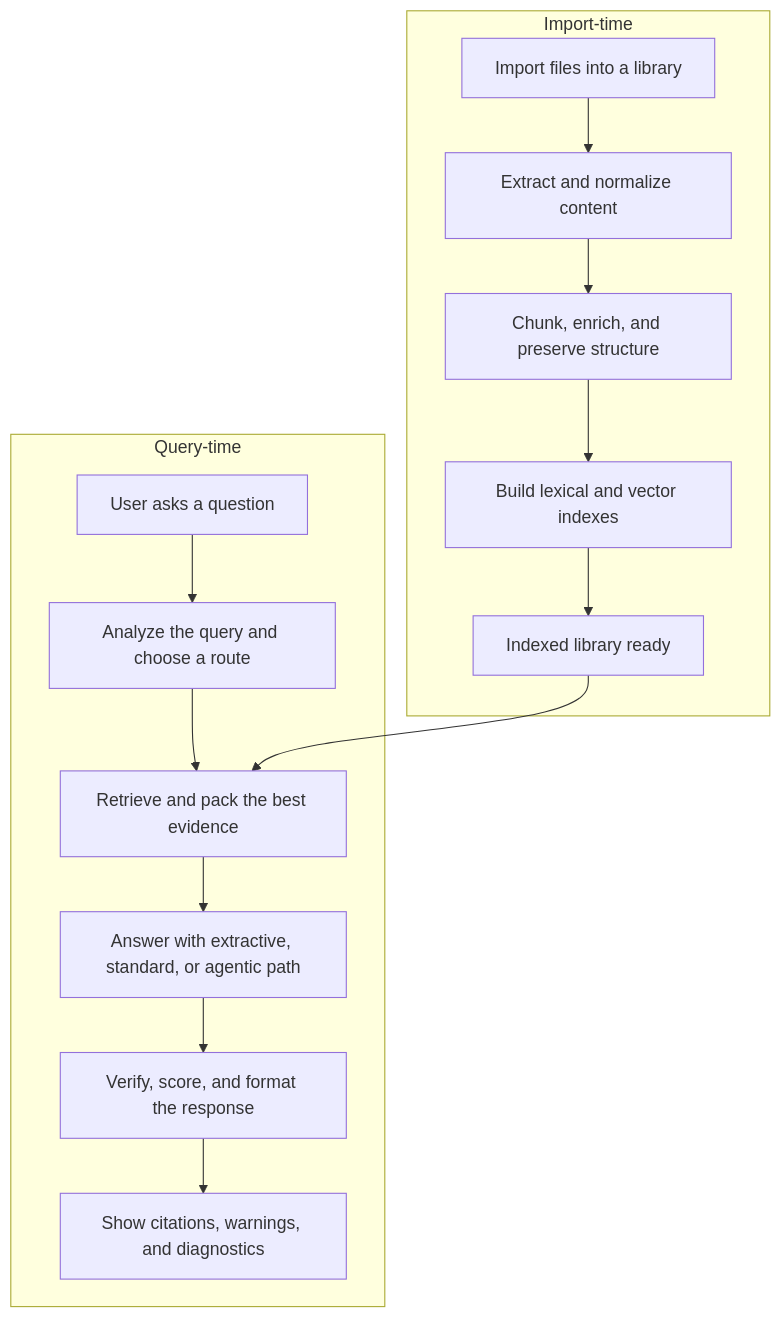
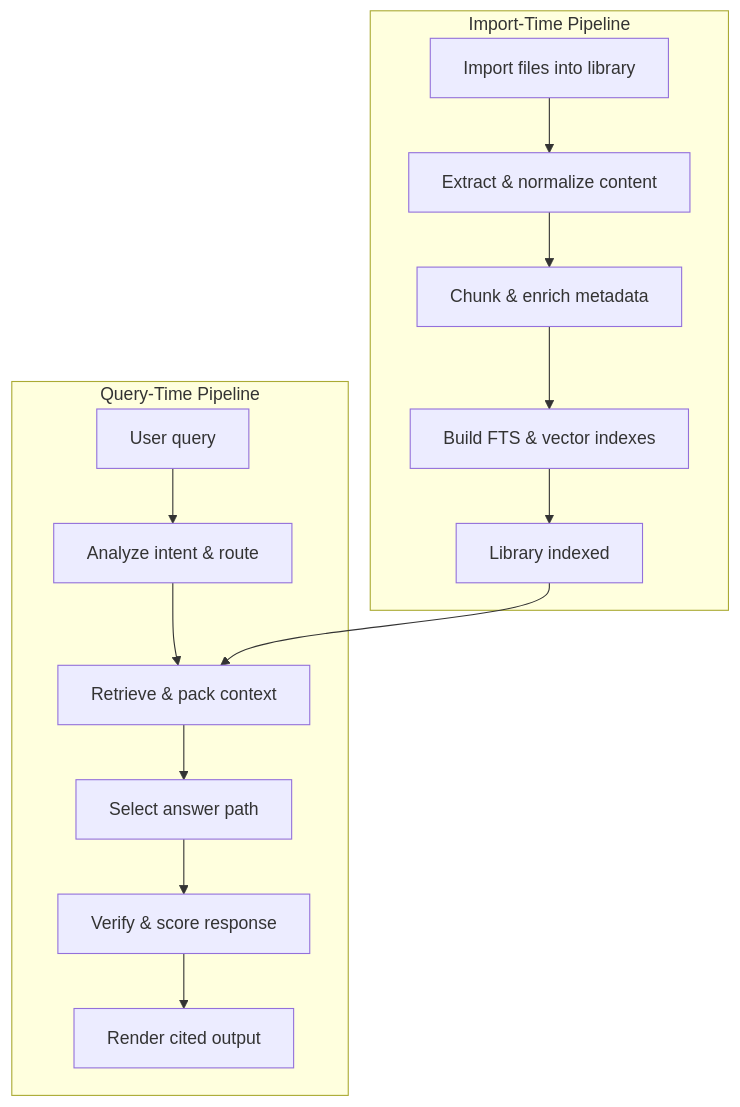
The first of 4 diagrams in README.md (Gunnarguy/OpenIntelligence), drawn with Mermaid before and after one commit. The commit also changed other lines of this file and 8 other files, not shown here.

````diff
--- a/README.md
+++ b/README.md
@@ -164,23 +25,23 @@
 ```mermaid
 flowchart TD
-  subgraph INGEST[Import-time]
-    A1[Import files into a library]
-    A2[Extract and normalize content]
-    A3[Chunk, enrich, and preserve structure]
-    A4[Build lexical and vector indexes]
-    A5[Indexed library ready]
+  subgraph INGEST[Import-Time Pipeline]
+    A1[Import files into library]
+    A2[Extract & normalize content]
+    A3[Chunk & enrich metadata]
+    A4[Build FTS & vector indexes]
+    A5[Library indexed]
     A1 --> A2 --> A3 --> A4 --> A5
   end
 
-  subgraph QUERY[Query-time]
-    B1[User asks a question]
-    B2[Analyze the query and choose a route]
-    B3[Retrieve and pack the best evidence]
-    B4[Answer with extractive, standard, or agentic path]
-    B5[Verify, score, and format the response]
-    B6[Show citations, warnings, and diagnostics]
+  subgraph QUERY[Query-Time Pipeline]
+    B1[User query]
+    B2[Analyze intent & route]
+    B3[Retrieve & pack context]
+    B4[Select answer path]
+    B5[Verify & score response]
+    B6[Render cited output]
     B1 --> B2 --> B3 --> B4 --> B5 --> B6
   end
 
   A5 --> B3
 ```
````
